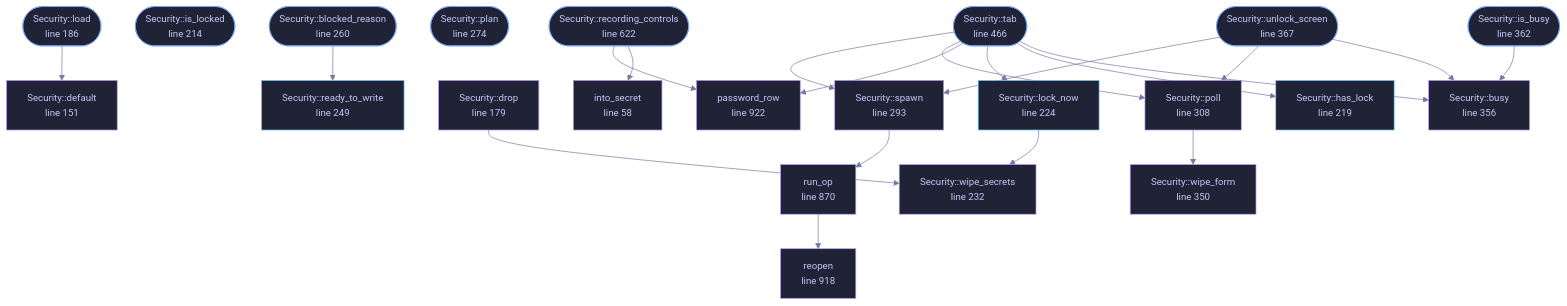
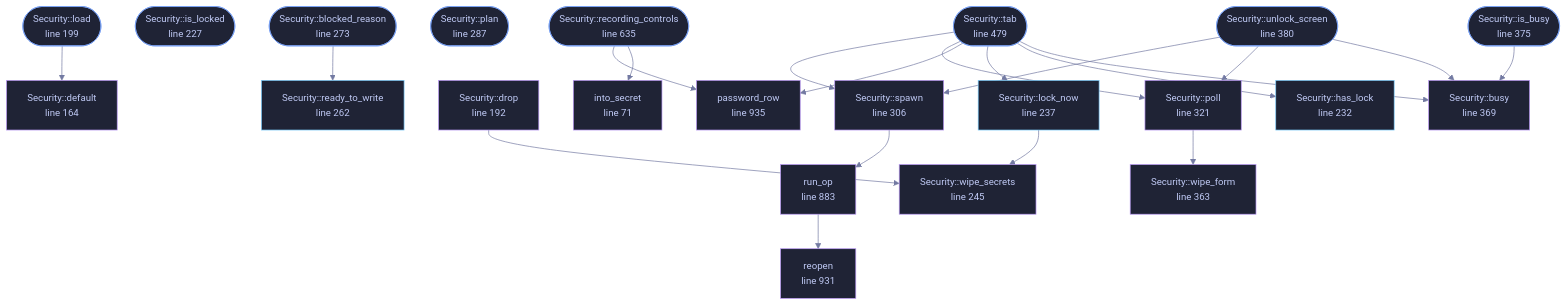
One commit to tilas01/veilvoice changed the diagram in wiki/File-veilvoice-gui-security.md. Above: the diagram before and after it, drawn with Mermaid. The commit also changed other lines of this file and 487 other files, not shown here.

````diff
--- a/wiki/File-veilvoice-gui-security.md
+++ b/wiki/File-veilvoice-gui-security.md
@@ -101,73 +115,73 @@
 ```mermaid
 %%{init: {"theme":"base","themeVariables":{"background":"#1a1b26","primaryColor":"#1f2335","primaryTextColor":"#c0caf5","primaryBorderColor":"#7aa2f7","secondaryColor":"#16161e","tertiaryColor":"#16161e","lineColor":"#737aa2","textColor":"#c0caf5","mainBkg":"#1f2335","nodeBorder":"#7aa2f7","clusterBkg":"#16161e","clusterBorder":"#2f3549","fontFamily":"ui-monospace, SFMono-Regular, Consolas, monospace","fontSize":"14px"}}}%%
 flowchart TD
-    n_into_secret["into_secret<br/>line 58"]
-    n_default["Security::default<br/>line 151"]
-    n_drop["Security::drop<br/>line 179"]
-    n_load(["Security::load<br/>line 186"])
-    n_is_locked(["Security::is_locked<br/>line 214"])
-    n_has_lock["Security::has_lock<br/>line 219"]
-    n_lock_now["Security::lock_now<br/>line 224"]
-    n_wipe_secrets["Security::wipe_secrets<br/>line 232"]
-    n_ready_to_write["Security::ready_to_write<br/>line 249"]
-    n_blocked_reason(["Security::blocked_reason<br/>line 260"])
-    n_plan(["Security::plan<br/>line 274"])
-    n_spawn["Security::spawn<br/>line 293"]
-    n_poll["Security::poll<br/>line 308"]
-    n_wipe_form["Security::wipe_form<br/>line 350"]
-    n_busy["Security::busy<br/>line 356"]
-    n_is_busy(["Security::is_busy<br/>line 362"])
-    n_unlock_screen(["Security::unlock_screen<br/>line 367"])
-    n_tab(["Security::tab<br/>line 466"])
-    n_recording_controls(["Security::recording_controls<br/>line 622"])
-    n_run_op["run_op<br/>line 870"]
-    n_reopen["reopen<br/>line 918"]
-    n_password_row["password_row<br/>line 922"]
+    n_into_secret["into_secret<br/>line 71"]
+    n_default["Security::default<br/>line 164"]
+    n_drop["Security::drop<br/>line 192"]
+    n_load(["Security::load<br/>line 199"])
+    n_is_locked(["Security::is_locked<br/>line 227"])
+    n_has_lock["Security::has_lock<br/>line 232"]
+    n_lock_now["Security::lock_now<br/>line 237"]
+    n_wipe_secrets["Security::wipe_secrets<br/>line 245"]
+    n_ready_to_write["Security::ready_to_write<br/>line 262"]
+    n_blocked_reason(["Security::blocked_reason<br/>line 273"])
+    n_plan(["Security::plan<br/>line 287"])
+    n_spawn["Security::spawn<br/>line 306"]
+    n_poll["Security::poll<br/>line 321"]
+    n_wipe_form["Security::wipe_form<br/>line 363"]
+    n_busy["Security::busy<br/>line 369"]
+    n_is_busy(["Security::is_busy<br/>line 375"])
+    n_unlock_screen(["Security::unlock_screen<br/>line 380"])
+    n_tab(["Security::tab<br/>line 479"])
+    n_recording_controls(["Security::recording_controls<br/>line 635"])
+    n_run_op["run_op<br/>line 883"]
+    n_reopen["reopen<br/>line 931"]
+    n_password_row["password_row<br/>line 935"]
     n_blocked_reason --> n_ready_to_write
     n_drop --> n_wipe_secrets
     n_is_busy --> n_busy
     n_load --> n_default
     n_lock_now --> n_wipe_secrets
     n_poll --> n_wipe_form
     n_recording_controls --> n_into_secret
     n_recording_controls --> n_password_row
     n_run_op --> n_reopen
     n_spawn --> n_run_op
     n_tab --> n_busy
     n_tab --> n_has_lock
     n_tab --> n_lock_now
     n_tab --> n_password_row
     n_tab --> n_poll
     n_tab --> n_spawn
     n_unlock_screen --> n_busy
     n_unlock_screen --> n_poll
     n_unlock_screen --> n_spawn
-    click n_into_secret href "https://github.com/tilas01/veilvoice/blob/main/crates/veilvoice-gui/src/security.rs#L58" "open the source"
-    click n_default href "https://github.com/tilas01/veilvoice/blob/main/crates/veilvoice-gui/src/security.rs#L151" "open the source"
-    click n_drop href "https://github.com/tilas01/veilvoice/blob/main/crates/veilvoice-gui/src/security.rs#L179" "open the source"
-    click n_load href "https://github.com/tilas01/veilvoice/blob/main/crates/veilvoice-gui/src/security.rs#L186" "open the source"
-    click n_is_locked href "https://github.com/tilas01/veilvoice/blob/main/crates/veilvoice-gui/src/security.rs#L214" "open the source"
-    click n_has_lock href "https://github.com/tilas01/veilvoice/blob/main/crates/veilvoice-gui/src/security.rs#L219" "open the source"
-    click n_lock_now href "https://github.com/tilas01/veilvoice/blob/main/crates/veilvoice-gui/src/security.rs#L224" "open the source"
-    click n_wipe_secrets href "https://github.com/tilas01/veilvoice/blob/main/crates/veilvoice-gui/src/security.rs#L232" "open the source"
-    click n_ready_to_write href "https://github.com/tilas01/veilvoice/blob/main/crates/veilvoice-gui/src/security.rs#L249" "open the source"
-    click n_blocked_reason href "https://github.com/tilas01/veilvoice/blob/main/crates/veilvoice-gui/src/security.rs#L260" "open the source"
-    click n_plan href "https://github.com/tilas01/veilvoice/blob/main/crates/veilvoice-gui/src/security.rs#L274" "open the source"
-    click n_spawn href "https://github.com/tilas01/veilvoice/blob/main/crates/veilvoice-gui/src/security.rs#L293" "open the source"
-    click n_poll href "https://github.com/tilas01/veilvoice/blob/main/crates/veilvoice-gui/src/security.rs#L308" "open the source"
-    click n_wipe_form href "https://github.com/tilas01/veilvoice/blob/main/crates/veilvoice-gui/src/security.rs#L350" "open the source"
-    click n_busy href "https://github.com/tilas01/veilvoice/blob/main/crates/veilvoice-gui/src/security.rs#L356" "open the source"
-    click n_is_busy href "https://github.com/tilas01/veilvoice/blob/main/crates/veilvoice-gui/src/security.rs#L362" "open the source"
-    click n_unlock_screen href "https://github.com/tilas01/veilvoice/blob/main/crates/veilvoice-gui/src/security.rs#L367" "open the source"
-    click n_tab href "https://github.com/tilas01/veilvoice/blob/main/crates/veilvoice-gui/src/security.rs#L466" "open the source"
-    click n_recording_controls href "https://github.com/tilas01/veilvoice/blob/main/crates/veilvoice-gui/src/security.rs#L622" "open the source"
-    click n_run_op href "https://github.com/tilas01/veilvoice/blob/main/crates/veilvoice-gui/src/security.rs#L870" "open the source"
-    click n_reopen href "https://github.com/tilas01/veilvoice/blob/main/crates/veilvoice-gui/src/security.rs#L918" "open the source"
-    click n_password_row href "https://github.com/tilas01/veilvoice/blob/main/crates/veilvoice-gui/src/security.rs#L922" "open the source"
+    click n_into_secret href "https://github.com/tilas01/veilvoice/blob/main/crates/veilvoice-gui/src/security.rs#L71" "open the source"
+    click n_default href "https://github.com/tilas01/veilvoice/blob/main/crates/veilvoice-gui/src/security.rs#L164" "open the source"
+    click n_drop href "https://github.com/tilas01/veilvoice/blob/main/crates/veilvoice-gui/src/security.rs#L192" "open the source"
+    click n_load href "https://github.com/tilas01/veilvoice/blob/main/crates/veilvoice-gui/src/security.rs#L199" "open the source"
+    click n_is_locked href "https://github.com/tilas01/veilvoice/blob/main/crates/veilvoice-gui/src/security.rs#L227" "open the source"
+    click n_has_lock href "https://github.com/tilas01/veilvoice/blob/main/crates/veilvoice-gui/src/security.rs#L232" "open the source"
+    click n_lock_now href "https://github.com/tilas01/veilvoice/blob/main/crates/veilvoice-gui/src/security.rs#L237" "open the source"
+    click n_wipe_secrets href "https://github.com/tilas01/veilvoice/blob/main/crates/veilvoice-gui/src/security.rs#L245" "open the source"
+    click n_ready_to_write href "https://github.com/tilas01/veilvoice/blob/main/crates/veilvoice-gui/src/security.rs#L262" "open the source"
+    click n_blocked_reason href "https://github.com/tilas01/veilvoice/blob/main/crates/veilvoice-gui/src/security.rs#L273" "open the source"
+    click n_plan href "https://github.com/tilas01/veilvoice/blob/main/crates/veilvoice-gui/src/security.rs#L287" "open the source"
+    click n_spawn href "https://github.com/tilas01/veilvoice/blob/main/crates/veilvoice-gui/src/security.rs#L306" "open the source"
+    click n_poll href "https://github.com/tilas01/veilvoice/blob/main/crates/veilvoice-gui/src/security.rs#L321" "open the source"
+    click n_wipe_form href "https://github.com/tilas01/veilvoice/blob/main/crates/veilvoice-gui/src/security.rs#L363" "open the source"
+    click n_busy href "https://github.com/tilas01/veilvoice/blob/main/crates/veilvoice-gui/src/security.rs#L369" "open the source"
+    click n_is_busy href "https://github.com/tilas01/veilvoice/blob/main/crates/veilvoice-gui/src/security.rs#L375" "open the source"
+    click n_unlock_screen href "https://github.com/tilas01/veilvoice/blob/main/crates/veilvoice-gui/src/security.rs#L380" "open the source"
+    click n_tab href "https://github.com/tilas01/veilvoice/blob/main/crates/veilvoice-gui/src/security.rs#L479" "open the source"
+    click n_recording_controls href "https://github.com/tilas01/veilvoice/blob/main/crates/veilvoice-gui/src/security.rs#L635" "open the source"
+    click n_run_op href "https://github.com/tilas01/veilvoice/blob/main/crates/veilvoice-gui/src/security.rs#L883" "open the source"
+    click n_reopen href "https://github.com/tilas01/veilvoice/blob/main/crates/veilvoice-gui/src/security.rs#L931" "open the source"
+    click n_password_row href "https://github.com/tilas01/veilvoice/blob/main/crates/veilvoice-gui/src/security.rs#L935" "open the source"
     classDef entry fill:#1f2335,stroke:#7aa2f7,color:#c0caf5
     class n_load,n_is_locked,n_blocked_reason,n_plan,n_is_busy,n_unlock_screen,n_tab,n_recording_controls entry
     classDef api fill:#1f2335,stroke:#7dcfff,color:#c0caf5
     class n_has_lock,n_lock_now,n_ready_to_write api
     classDef helper fill:#1f2335,stroke:#bb9af7,color:#c0caf5
     class n_into_secret,n_default,n_drop,n_wipe_secrets,n_spawn,n_poll,n_wipe_form,n_busy,n_run_op,n_reopen,n_password_row helper
 ```
````
